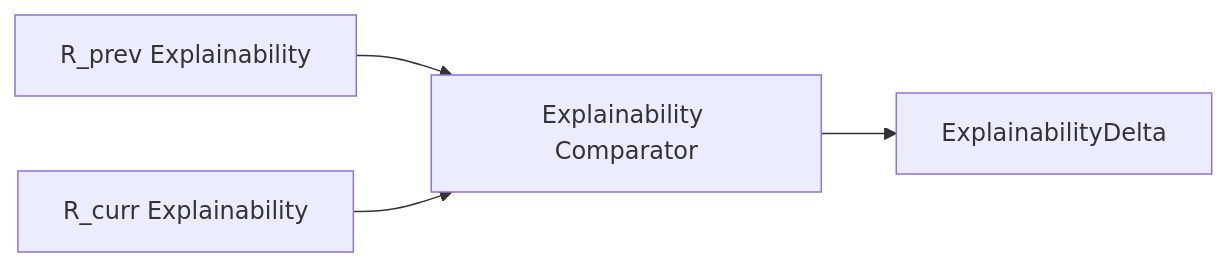
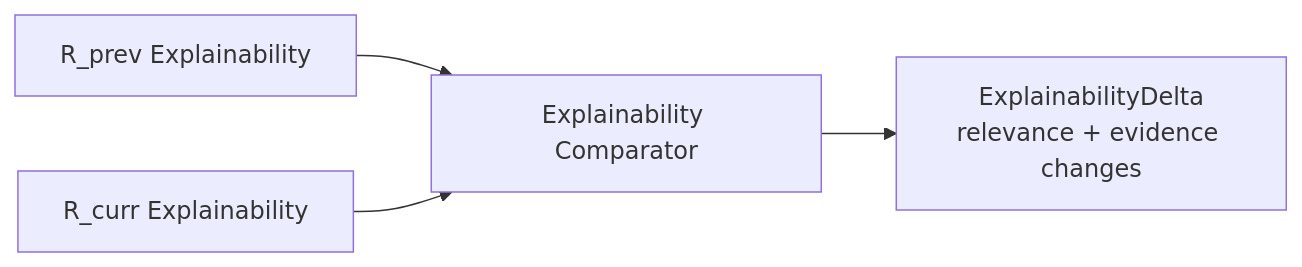
Before and after one commit to bartytime4life/Kansas-Frontier-Matrix: the third of 7 diagrams in web/src/entities/diff-first/README.md, drawn with Mermaid. The commit also changed other lines of this file, not shown here.

````diff
--- a/web/src/entities/diff-first/README.md
+++ b/web/src/entities/diff-first/README.md
@@ -200,6 +322,6 @@
-```mermaid
+~~~mermaid
 flowchart LR
     XAI_prev["R_prev Explainability"] --> CMP["Explainability Comparator"]
     XAI_curr["R_curr Explainability"] --> CMP
-    CMP --> XDEL["ExplainabilityDelta"]
-```
+    CMP --> XDEL["ExplainabilityDelta<br/>relevance + evidence changes"]
+~~~
````
